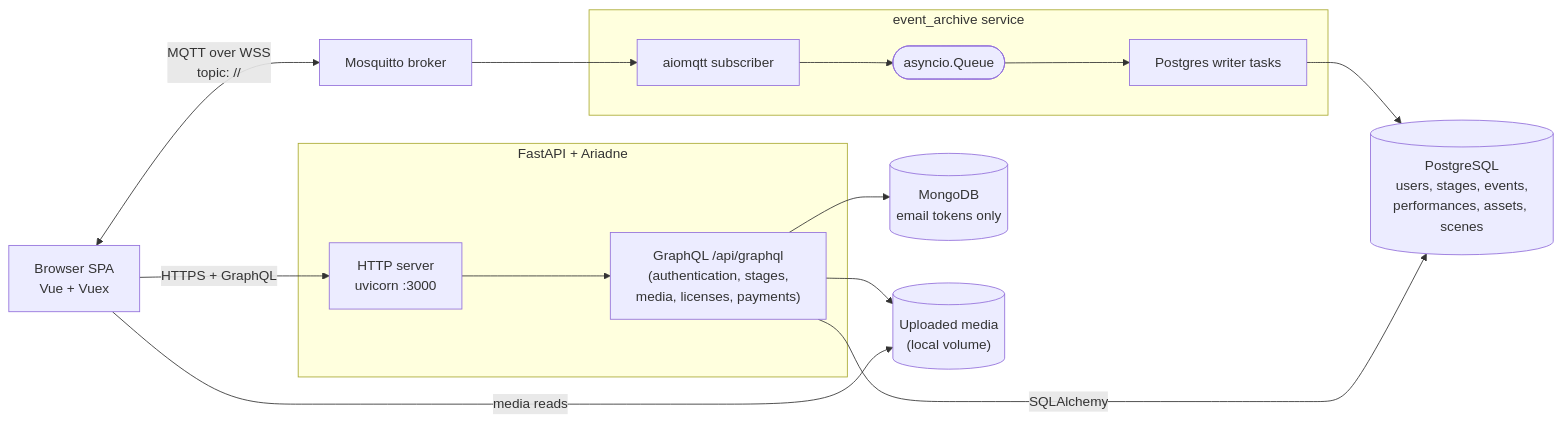
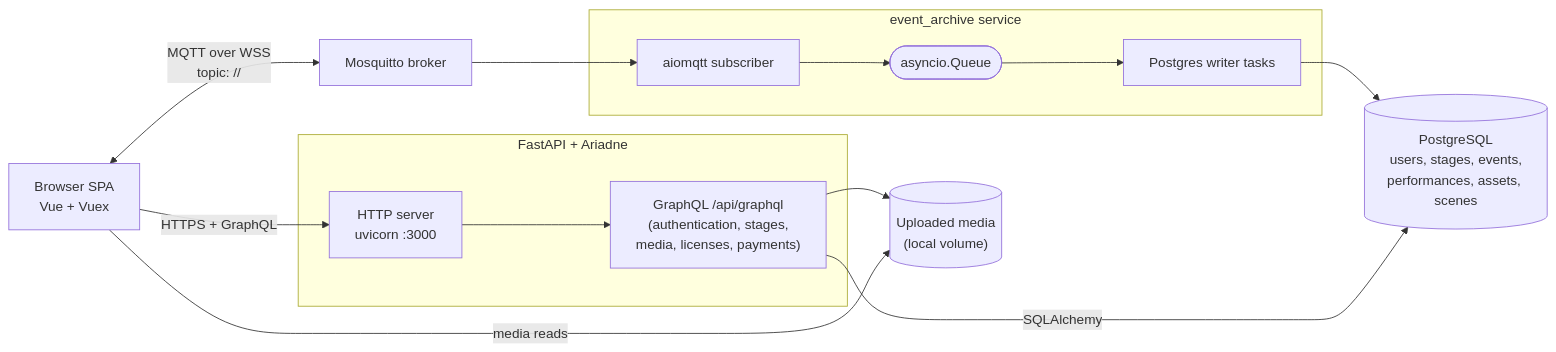
Before and after one commit to upstage-org/upstage_backend: the first of 4 diagrams in DEVELOPER_GUIDE.md, drawn with Mermaid. The commit also changed other lines of this file and 32 other files, not shown here.

````diff
--- a/DEVELOPER_GUIDE.md
+++ b/DEVELOPER_GUIDE.md
@@ -21,30 +21,28 @@
 ```mermaid
 flowchart LR
   Browser["Browser SPA<br/>Vue + Vuex"]
 
   subgraph backend ["FastAPI + Ariadne"]
     HTTP["HTTP server<br/>uvicorn :3000"]
     GQL["GraphQL /api/graphql<br/>(authentication, stages,<br/>media, licenses, payments)"]
     HTTP --> GQL
   end
 
   MQTT["Mosquitto broker"]
 
   subgraph archive ["event_archive service"]
     Sub["aiomqtt subscriber"]
     Q(["asyncio.Queue"])
     Wr["Postgres writer tasks"]
   end
 
   PG[("PostgreSQL<br/>users, stages, events,<br/>performances, assets, scenes")]
-  Mongo[("MongoDB<br/>email tokens only")]
   Files[("Uploaded media<br/>(local volume)")]
 
   Browser -->|"HTTPS + GraphQL"| HTTP
   Browser <-->|"MQTT over WSS<br/>topic: <namespace>/<stageUrl>/<topic>"| MQTT
   MQTT --> Sub --> Q --> Wr --> PG
   GQL -->|"SQLAlchemy"| PG
-  GQL --> Mongo
   GQL --> Files
   Browser -->|"media reads"| Files
 ```
````
